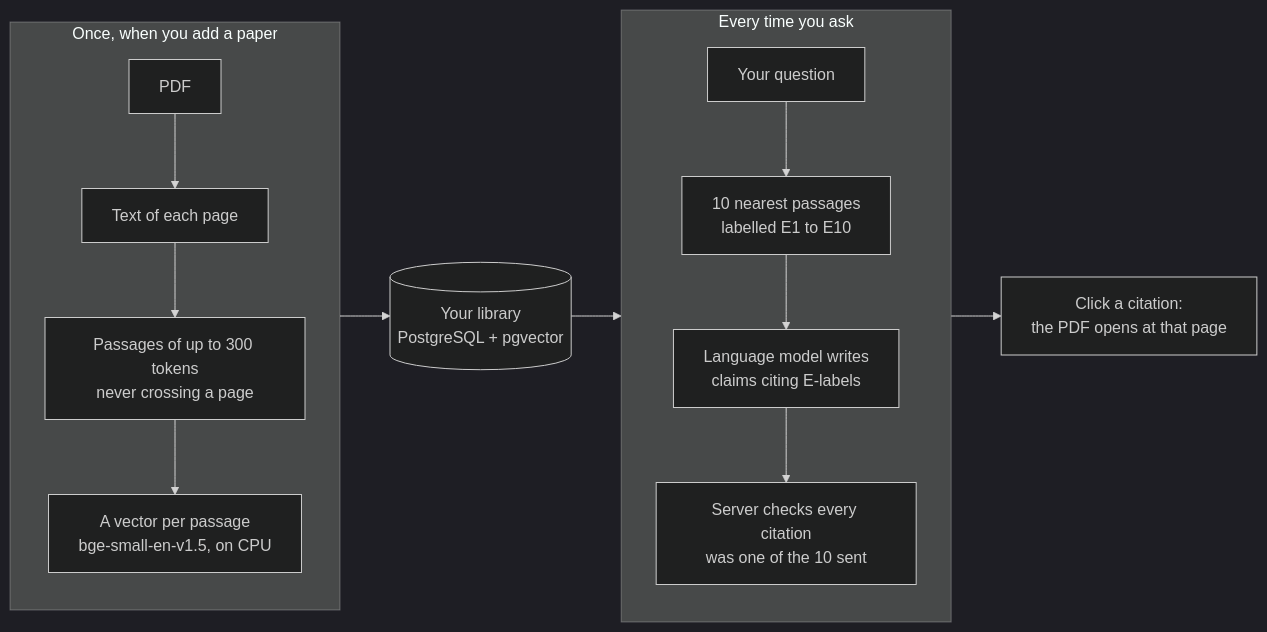
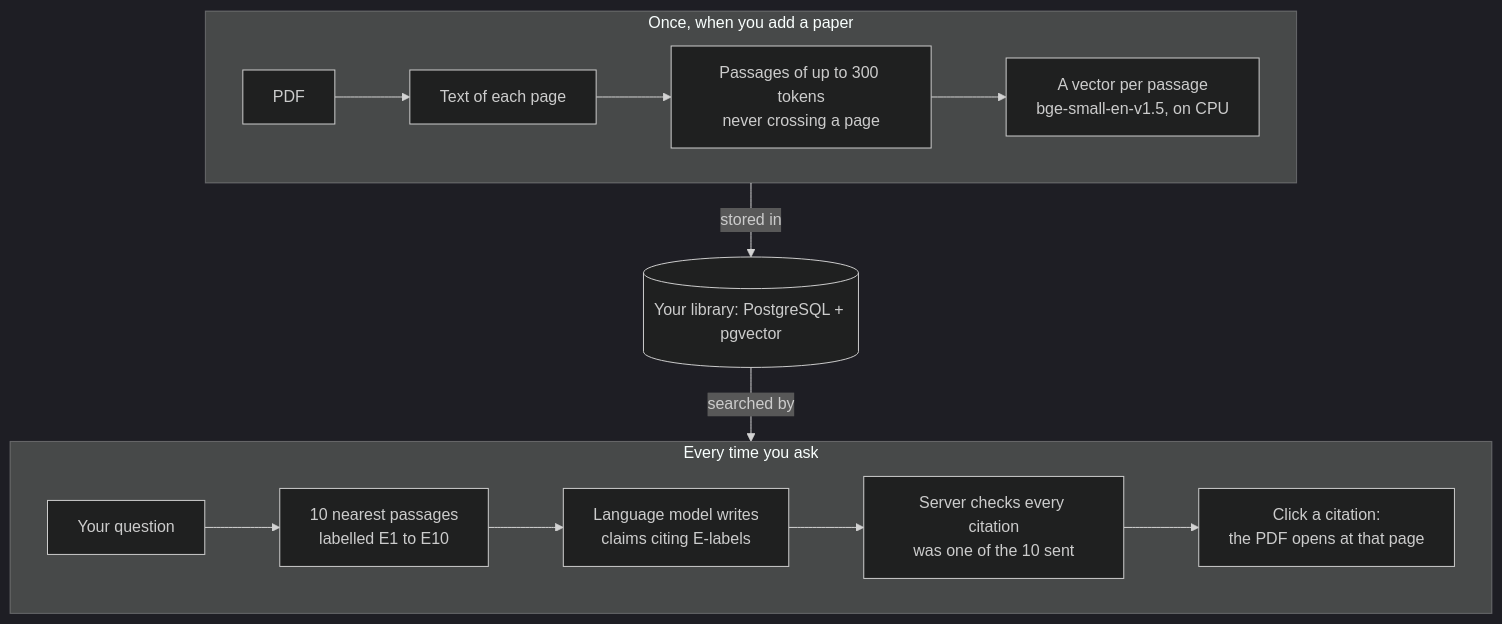
Before and after one commit to kchan1028/masters-cycling-lab: the first of 2 diagrams in README.md, drawn with Mermaid (dark theme).

Commit message:
README: lay the how-it-works diagram out in two rows

````diff
--- a/README.md
+++ b/README.md
@@ -11,14 +11,13 @@
 ```mermaid
-flowchart LR
+flowchart TB
   subgraph add["Once, when you add a paper"]
-    direction TB
+    direction LR
     pdf["PDF"] --> pages["Text of each page"] --> passages["Passages of up to 300 tokens<br/>never crossing a page"] --> vectors["A vector per passage<br/>bge-small-en-v1.5, on CPU"]
   end
   subgraph ask["Every time you ask"]
-    direction TB
-    question["Your question"] --> nearest["10 nearest passages<br/>labelled E1 to E10"] --> model["Language model writes<br/>claims citing E-labels"] --> checked["Server checks every citation<br/>was one of the 10 sent"]
+    direction LR
+    question["Your question"] --> nearest["10 nearest passages<br/>labelled E1 to E10"] --> model["Language model writes<br/>claims citing E-labels"] --> checked["Server checks every citation<br/>was one of the 10 sent"] --> open["Click a citation:<br/>the PDF opens at that page"]
   end
-  vectors --> library[("Your library<br/>PostgreSQL + pgvector")]
-  library --> nearest
-  checked --> open["Click a citation:<br/>the PDF opens at that page"]
+  add -->|"stored in"| library[("Your library: PostgreSQL + pgvector")]
+  library -->|"searched by"| ask
 ```
````
